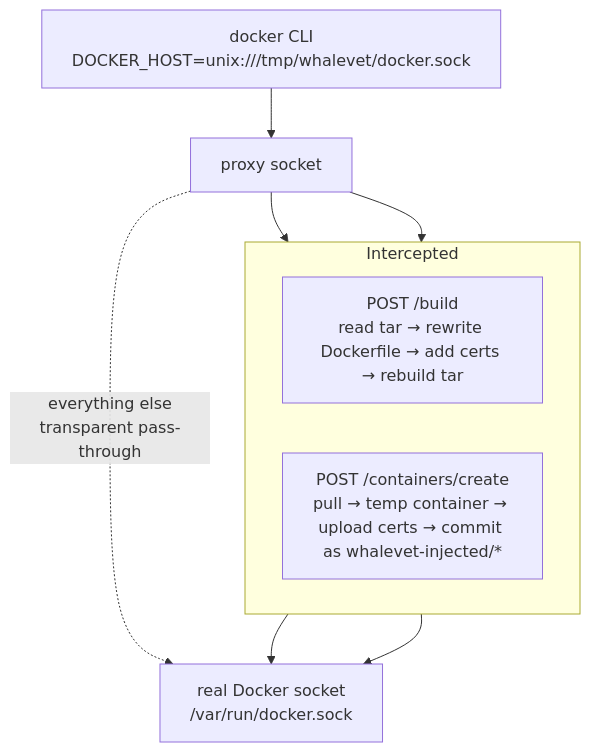
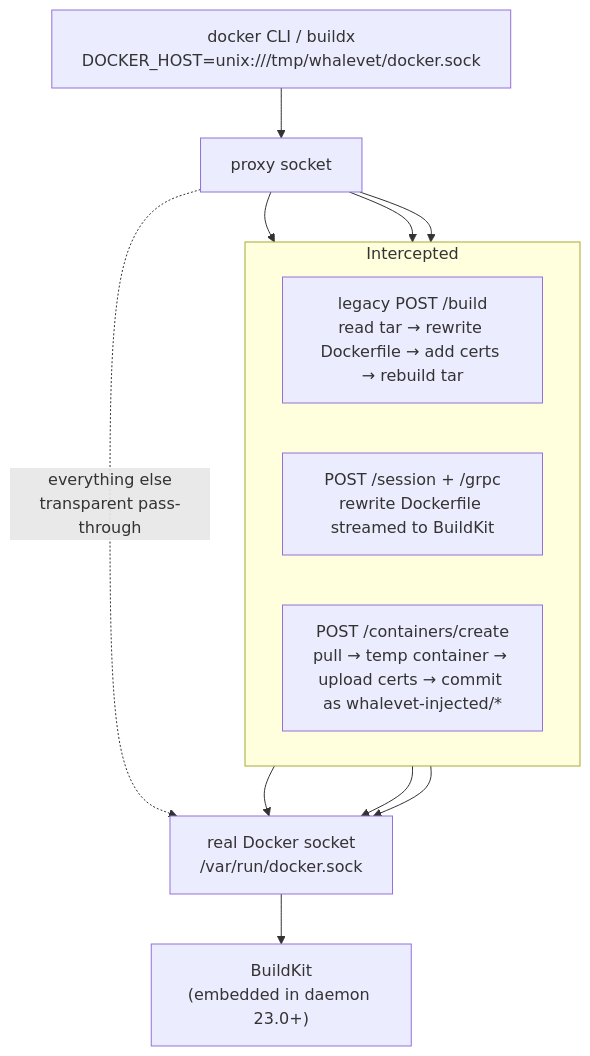
Before and after one commit to mralves/whalevet: the diagram in README.md, drawn with Mermaid.

Commit message:
docs: show BuildKit interception path in architecture diagram

````diff
--- a/README.md
+++ b/README.md
@@ -24,18 +24,21 @@
 ```mermaid
 flowchart TB
-    CLI["docker CLI<br/>DOCKER_HOST=unix:///tmp/whalevet/docker.sock"]
+    CLI["docker CLI / buildx<br/>DOCKER_HOST=unix:///tmp/whalevet/docker.sock"]
     Proxy["proxy socket"]
     Daemon["real Docker socket<br/>/var/run/docker.sock"]
+    BK["BuildKit<br/>(embedded in daemon 23.0+)"]
 
     CLI --> Proxy
 
     subgraph Intercepted
         direction LR
-        B1["POST /build<br/>read tar → rewrite Dockerfile → add certs → rebuild tar"]
-        B2["POST /containers/create<br/>pull → temp container → upload certs → commit as whalevet-injected/*"]
+        L["legacy POST /build<br/>read tar → rewrite Dockerfile → add certs → rebuild tar"]
+        B["POST /session + /grpc<br/>rewrite Dockerfile streamed to BuildKit"]
+        C["POST /containers/create<br/>pull → temp container → upload certs → commit as whalevet-injected/*"]
     end
 
-    Proxy --> B1 --> Daemon
-    Proxy --> B2 --> Daemon
+    Proxy --> L --> Daemon
+    Proxy --> B --> Daemon --> BK
+    Proxy --> C --> Daemon
     Proxy -. "everything else<br/>transparent pass-through" .-> Daemon
 ```
````
